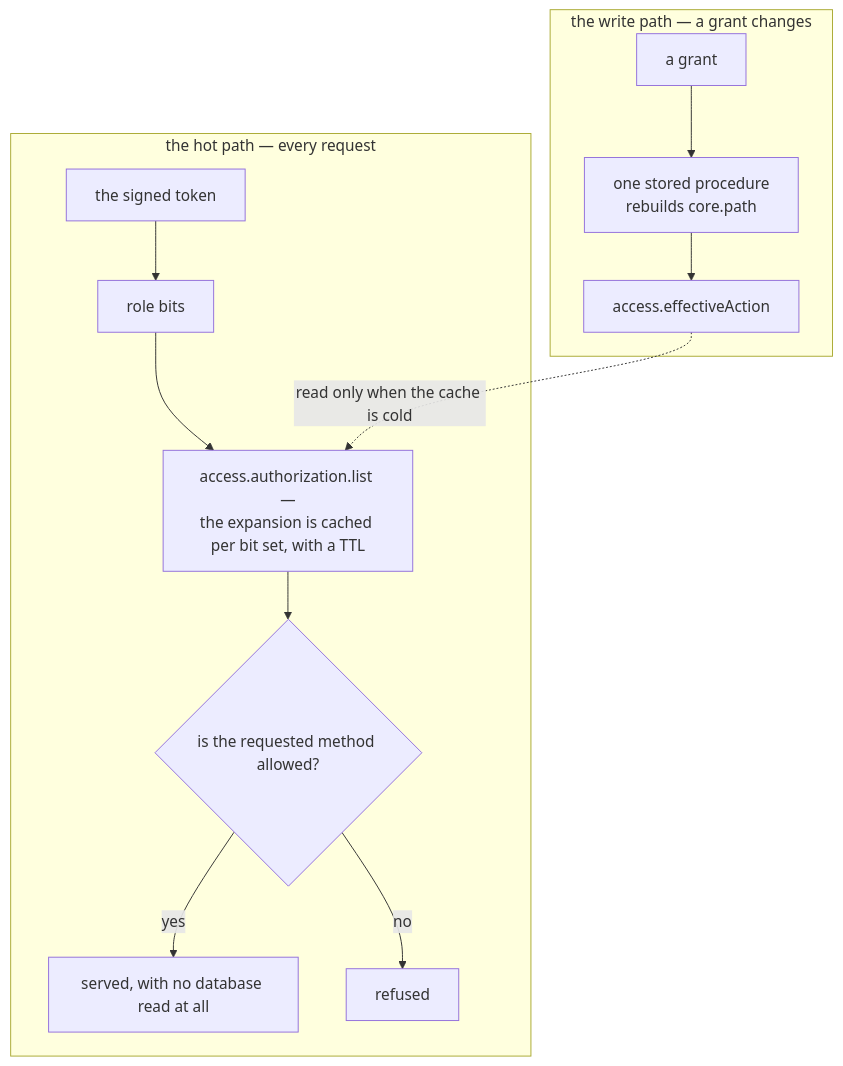
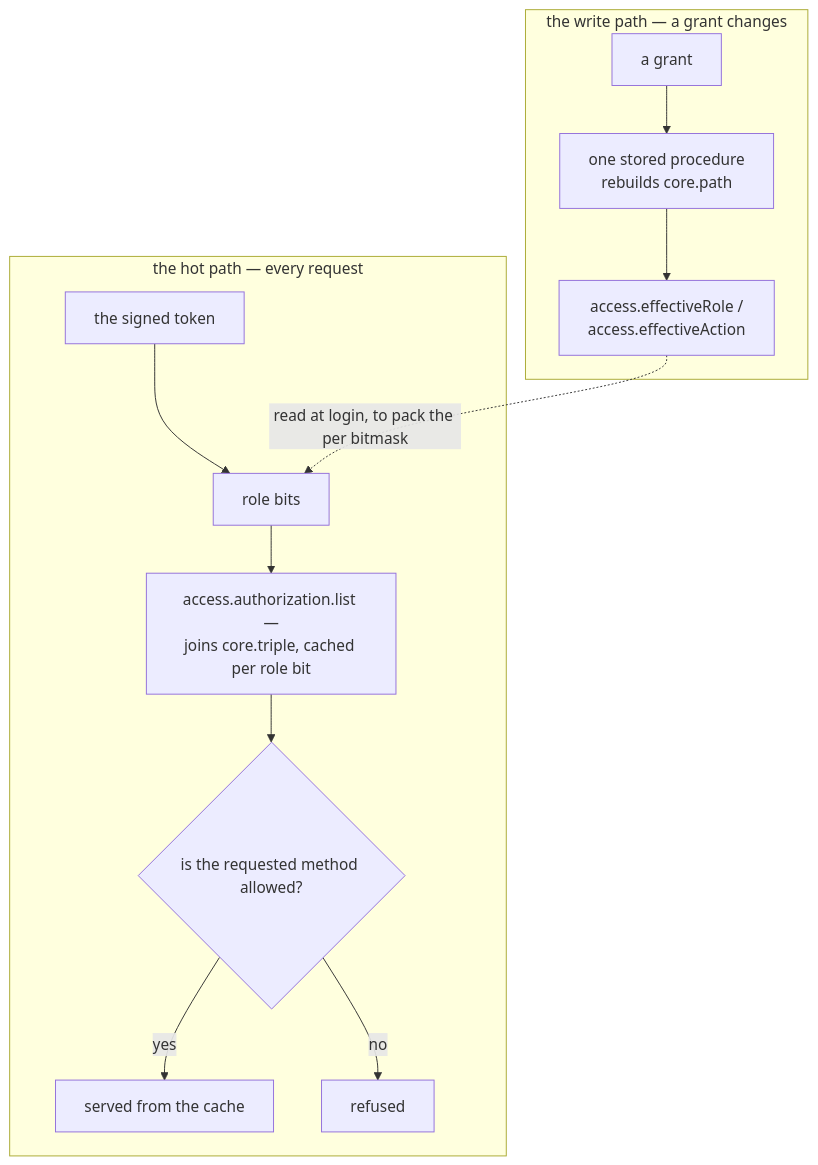
One commit to feasibleone/blong changed the first of 2 diagrams in docs/blong/docs/rationale/rbac.md. Above: the diagram before and after it, drawn with Mermaid. The commit also changed other lines of this file and 52 other files, not shown here.

````diff
--- a/docs/blong/docs/rationale/rbac.md
+++ b/docs/blong/docs/rationale/rbac.md
@@ -27,15 +30,15 @@
 ```mermaid
 flowchart TD
     subgraph Hot["the hot path — every request"]
         H1["the signed token"] --> H2["role bits"]
-        H2 --> H3["access.authorization.list —<br/>the expansion is cached per bit set, with a TTL"]
+        H2 --> H3["access.authorization.list —<br/>joins core.triple, cached per role bit"]
         H3 --> H4{"is the requested method allowed?"}
-        H4 -- "yes" --> H5["served, with no database read at all"]
+        H4 -- "yes" --> H5["served from the cache"]
         H4 -- "no" --> H6["refused"]
     end
     subgraph Write["the write path — a grant changes"]
         W1["a grant"] --> W2["one stored procedure<br/>rebuilds core.path"]
-        W2 --> W3["access.effectiveAction"]
+        W2 --> W3["access.effectiveRole /<br/>access.effectiveAction"]
     end
-    W3 -. "read only when the cache is cold" .-> H3
+    W3 -. "read at login, to pack the per bitmask" .-> H2
 ```
````
